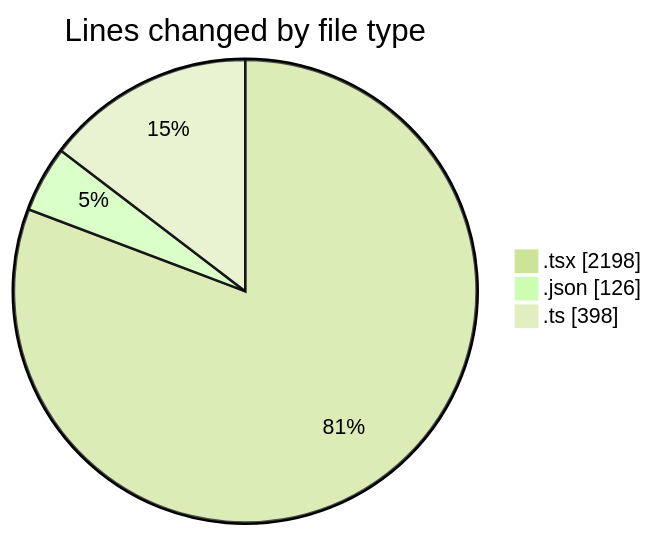
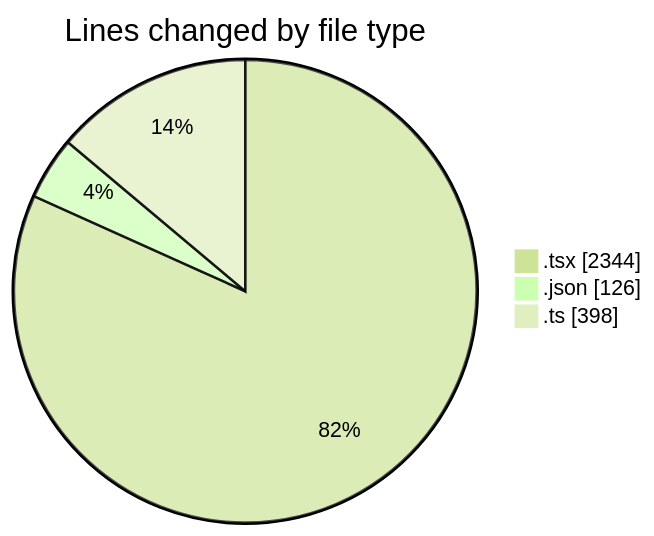
Before and after one commit to nxtqubesakshisongat/code-tracking: the first of 2 diagrams in 2026-03-30/nxtqube_webapp/README.md, drawn with Mermaid (forest theme). The commit also changed other lines of this file and 1 other file, not shown here.

````diff
--- a/2026-03-30/nxtqube_webapp/README.md
+++ b/2026-03-30/nxtqube_webapp/README.md
@@ -25,7 +25,7 @@
 ```mermaid
 pie showData
 title Lines changed by file type
-".tsx" : 2198
+".tsx" : 2344
 ".json" : 126
 ".ts" : 398
 ```
````
